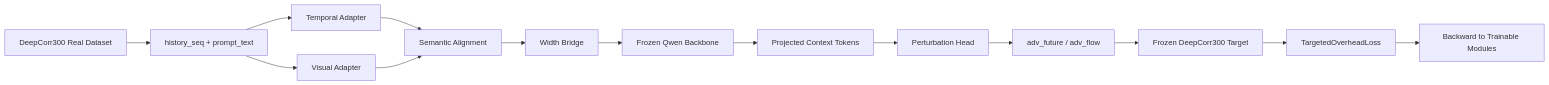
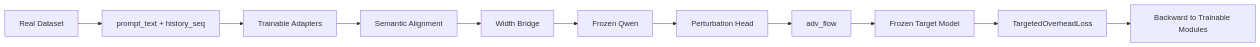
The diagram in work2/docs/真实基模接入实现说明.md (Ni-Xilin/work2), drawn with Mermaid before and after one commit. The commit also changed other lines of this file and 9 other files, not shown here.

````diff
--- a/work2/docs/真实基模接入实现说明.md
+++ b/work2/docs/真实基模接入实现说明.md
@@ -79,16 +146,13 @@
 ```mermaid
 flowchart LR
-    A[DeepCorr300 Real Dataset] --> B[history_seq + prompt_text]
-    B --> C[Temporal Adapter]
-    B --> D[Visual Adapter]
-    C --> E[Semantic Alignment]
-    D --> E
-    E --> F[Width Bridge]
-    F --> G[Frozen Qwen Backbone]
-    G --> H[Projected Context Tokens]
-    H --> I[Perturbation Head]
-    I --> J[adv_future / adv_flow]
-    J --> K[Frozen DeepCorr300 Target]
-    K --> L[TargetedOverheadLoss]
-    L --> M[Backward to Trainable Modules]
+    A[Real Dataset] --> B[prompt_text + history_seq]
+    B --> C[Trainable Adapters]
+    C --> D[Semantic Alignment]
+    D --> E[Width Bridge]
+    E --> F[Frozen Qwen]
+    F --> G[Perturbation Head]
+    G --> H[adv_flow]
+    H --> I[Frozen Target Model]
+    I --> J[TargetedOverheadLoss]
+    J --> K[Backward to Trainable Modules]
 ```
````
